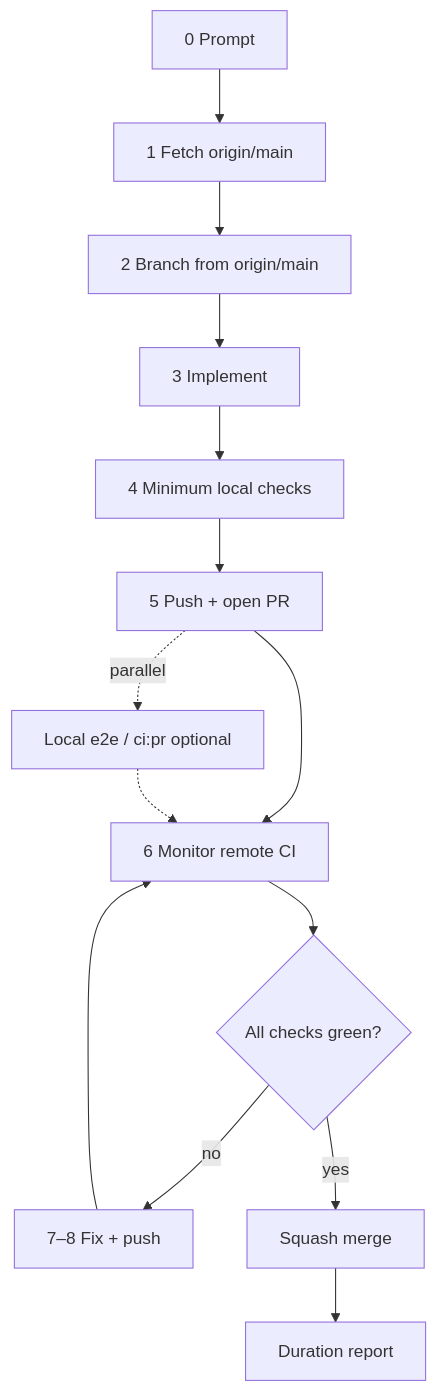
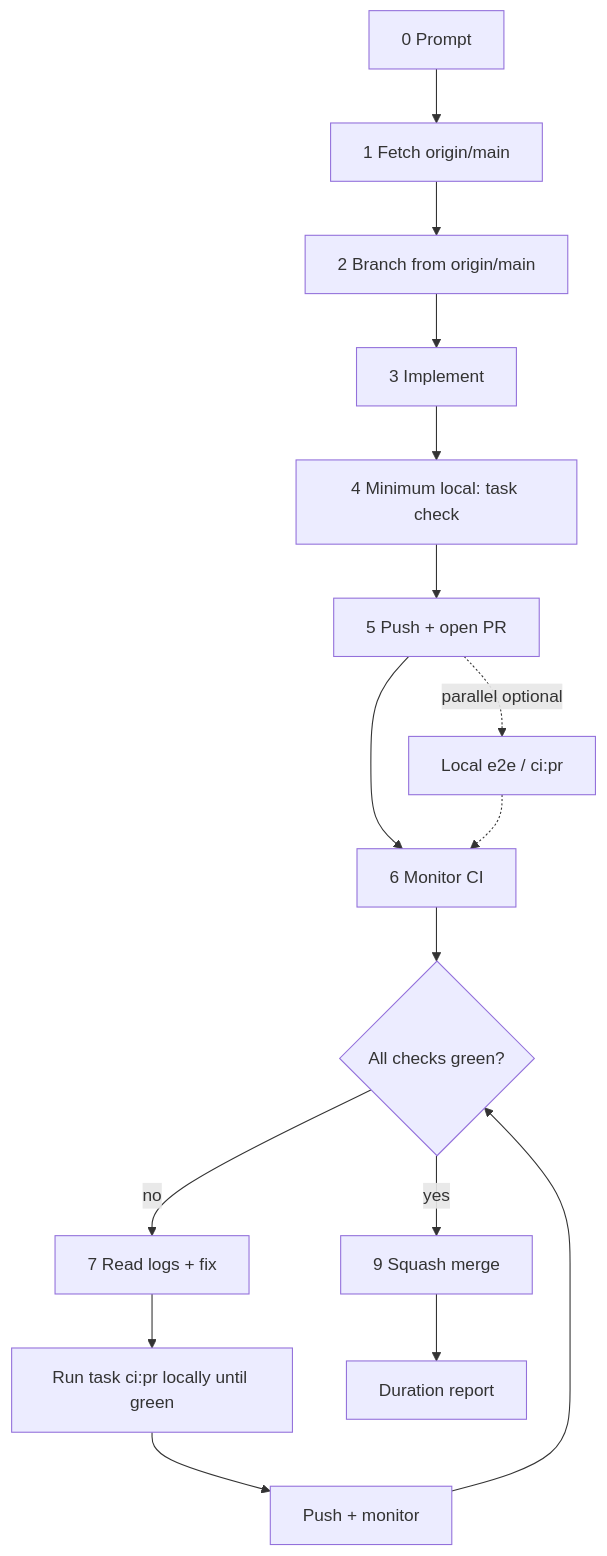
The diagram in .cortex/workflows/coding-bro.md (meta-secret/nook), drawn with Mermaid before and after one commit. The commit also changed other lines of this file and 5 other files, not shown here.

````diff
--- a/.cortex/workflows/coding-bro.md
+++ b/.cortex/workflows/coding-bro.md
@@ -20,16 +32,18 @@
 ```mermaid
 flowchart TD
   P[0 Prompt] --> F[1 Fetch origin/main]
   F --> B[2 Branch from origin/main]
   B --> I[3 Implement]
-  I --> L[4 Minimum local checks]
+  I --> L[4 Minimum local: task check]
   L --> PU[5 Push + open PR]
-  PU --> CI[6 Monitor remote CI]
-  PU -.->|parallel| LOC[Local e2e / ci:pr optional]
-  LOC -.-> CI
-  CI --> G{All checks green?}
-  G -->|no| FIX[7–8 Fix + push]
-  FIX --> CI
-  G -->|yes| M[Squash merge]
+  PU --> PR[6 Monitor CI]
+  PU -.->|parallel optional| LOC[Local e2e / ci:pr]
+  LOC -.-> PR
+  PR --> G{All checks green?}
+  G -->|yes| M[9 Squash merge]
+  G -->|no| FIX[7 Read logs + fix]
+  FIX --> FULL[Run task ci:pr locally until green]
+  FULL --> PUSH[Push + monitor]
+  PUSH --> G
   M --> D[Duration report]
 ```
````
